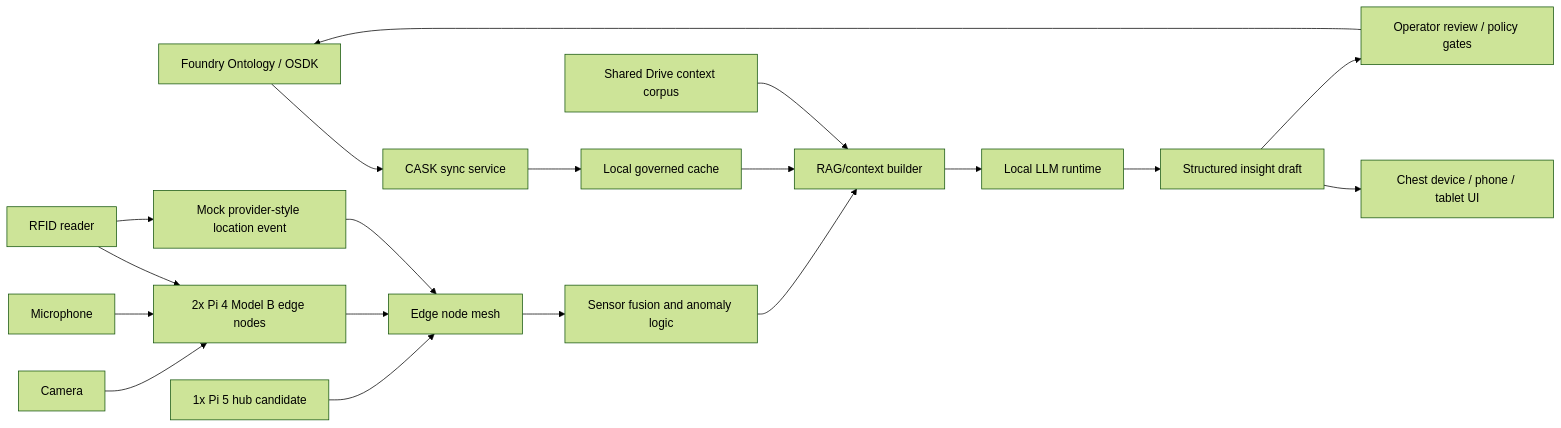
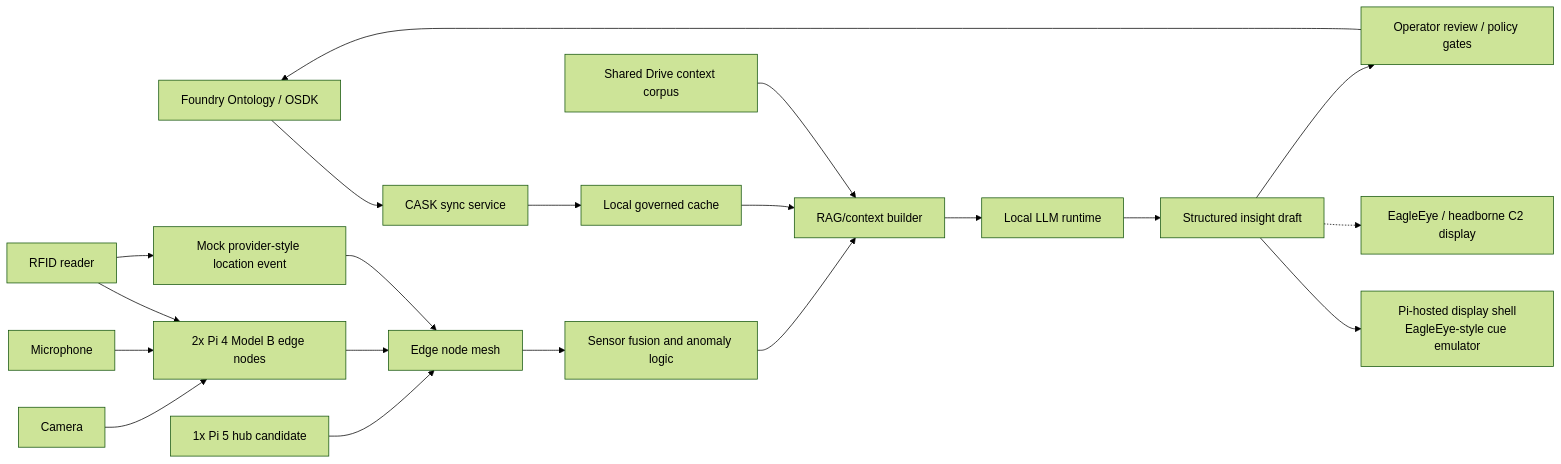
The diagram in docs/cask-osdk-local-llm-brief.md (digitalnomd/altiair), drawn with Mermaid (forest theme) before and after one commit. The commit also changed other lines of this file and 1 other file, not shown here.

Commit message:
Add counter-UAS EagleEye cueing plan

````diff
--- a/docs/cask-osdk-local-llm-brief.md
+++ b/docs/cask-osdk-local-llm-brief.md
@@ -25,21 +27,22 @@
 ```mermaid
 flowchart LR
     Foundry["Foundry Ontology / OSDK"] --> Sync["CASK sync service"]
     Sync --> Cache["Local governed cache"]
     Drive["Shared Drive context corpus"] --> Context
     Camera["Camera"] --> Pi4["2x Pi 4 Model B edge nodes"]
     Mic["Microphone"] --> Pi4
     RFID["RFID reader"] --> Pi4
     RFID --> MockLoc["Mock provider-style location event"]
     Pi4 --> Mesh["Edge node mesh"]
     MockLoc --> Mesh
     Pi5["1x Pi 5 hub candidate"] --> Mesh
     Mesh --> Fusion["Sensor fusion and anomaly logic"]
     Cache --> Context["RAG/context builder"]
     Fusion --> Context
     Context --> LLM["Local LLM runtime"]
     LLM --> Insight["Structured insight draft"]
-    Insight --> Chest["Chest device / phone / tablet UI"]
+    Insight --> Chest["Pi-hosted display shell\nEagleEye-style cue emulator"]
+    Insight -.-> EagleEye["EagleEye / headborne C2 display"]
     Insight --> Review["Operator review / policy gates"]
     Review --> Foundry
 ```
````
